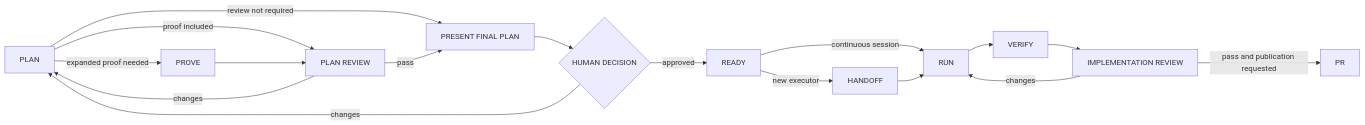
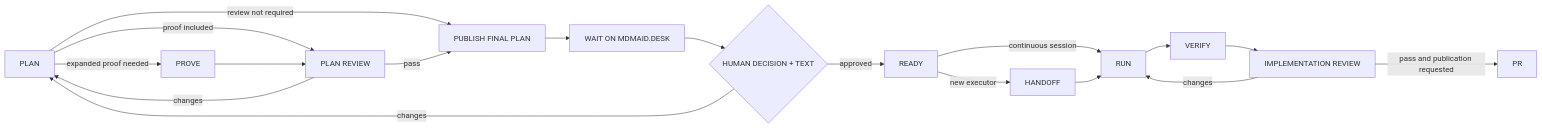
One commit to riidii-md/agentnyk-maisternia changed the diagram in docs/REVIEW-WORKFLOW.md. Above: the diagram before and after it, drawn with Mermaid. The commit also changed other lines of this file and 6 other files, not shown here.

Commit message:
feat: integrate mdmaid review decisions

````diff
--- a/docs/REVIEW-WORKFLOW.md
+++ b/docs/REVIEW-WORKFLOW.md
@@ -29,19 +29,20 @@
 ```mermaid
 flowchart LR
     PLAN[PLAN] -->|expanded proof needed| PROVE[PROVE]
     PLAN -->|proof included| PLANREVIEW[PLAN REVIEW]
-    PLAN -->|review not required| PRESENT[PRESENT FINAL PLAN]
+    PLAN -->|review not required| PRESENT[PUBLISH FINAL PLAN]
     PROVE --> PLANREVIEW
     PLANREVIEW -->|pass| PRESENT
     PLANREVIEW -->|changes| PLAN
-    PRESENT --> DECIDE{HUMAN DECISION}
+    PRESENT --> WAIT[WAIT ON MDMAID.DESK]
+    WAIT --> DECIDE{HUMAN DECISION + TEXT}
     DECIDE -->|changes| PLAN
     DECIDE -->|approved| READY[READY]
     READY -->|new executor| HANDOFF[HANDOFF]
     READY -->|continuous session| RUN[RUN]
     HANDOFF --> RUN
     RUN --> VERIFY[VERIFY]
     VERIFY --> IMPLREVIEW[IMPLEMENTATION REVIEW]
     IMPLREVIEW -->|pass and publication requested| PR[PR]
     IMPLREVIEW -->|changes| RUN
 ```
````
